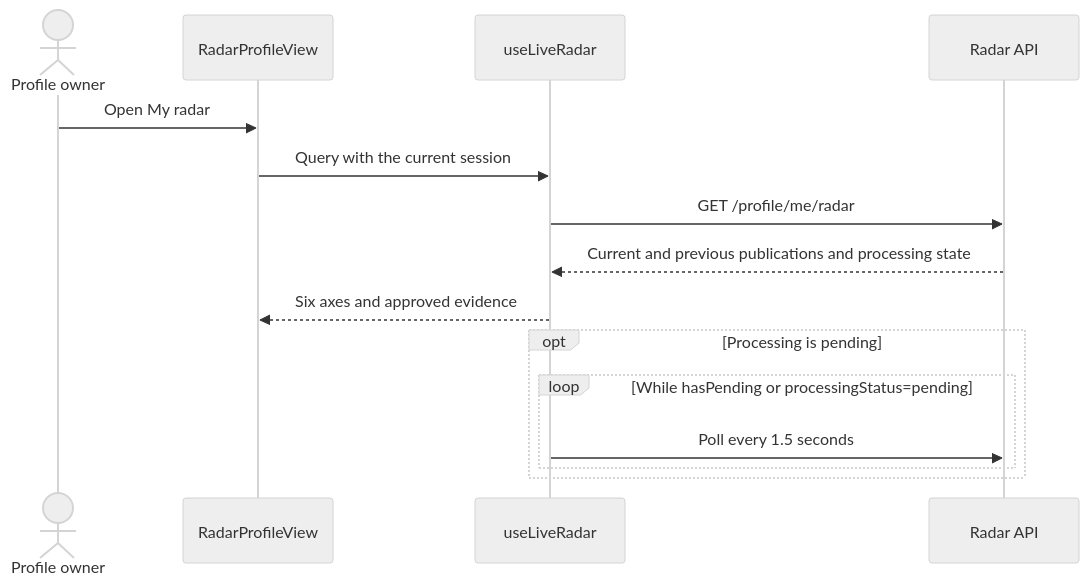
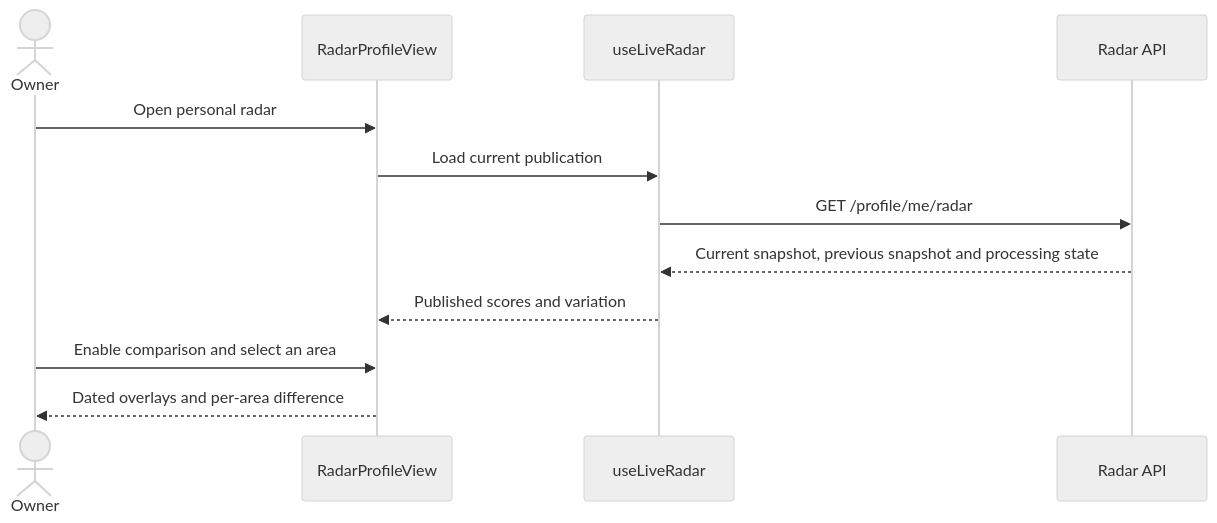
Before and after one commit to UMSSY/umssy-app: the second of 4 diagrams in docs/radar-chart/README.md, drawn with Mermaid (neutral theme). The commit also changed other lines of this file and 4 other files, not shown here.

Commit message:
docs(radar): document delivered user flows

````diff
--- a/docs/radar-chart/README.md
+++ b/docs/radar-chart/README.md
@@ -23,17 +36,14 @@
 ```mermaid
 sequenceDiagram
-  actor Owner as Profile owner
+  actor Owner
   participant View as RadarProfileView
-  participant Query as useLiveRadar
+  participant Hook as useLiveRadar
   participant API as Radar API
-  Owner->>View: Open My radar
-  View->>Query: Query with the current session
-  Query->>API: GET /profile/me/radar
-  API-->>Query: Current and previous publications and processing state
-  Query-->>View: Six axes and approved evidence
-  opt Processing is pending
-    loop While hasPending or processingStatus=pending
-      Query->>API: Poll every 1.5 seconds
-    end
-  end
+  Owner->>View: Open personal radar
+  View->>Hook: Load current publication
+  Hook->>API: GET /profile/me/radar
+  API-->>Hook: Current snapshot, previous snapshot and processing state
+  Hook-->>View: Published scores and variation
+  Owner->>View: Enable comparison and select an area
+  View-->>Owner: Dated overlays and per-area difference
 ```
````
